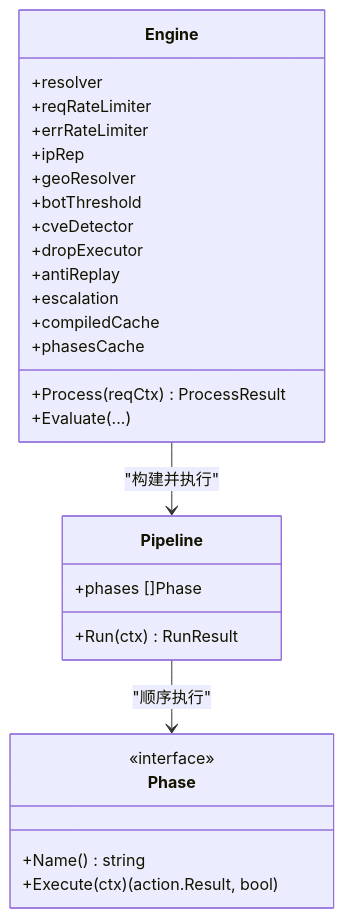
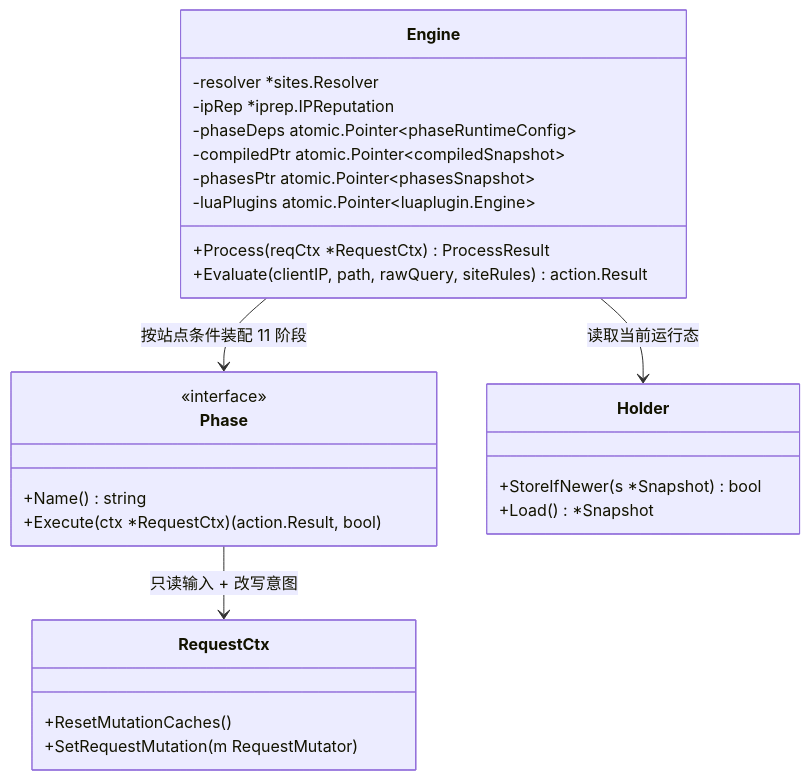
The fourth of 5 diagrams in docs/项目概述/技术架构.md (x01n/My-OpenWaf), drawn with Mermaid before and after one commit. The commit also changed other lines of this file and 622 other files, not shown here.

````diff
--- a/docs/项目概述/技术架构.md
+++ b/docs/项目概述/技术架构.md
@@ -190,30 +287,29 @@
 ```mermaid
 classDiagram
-class Engine {
-+resolver
-+reqRateLimiter
-+errRateLimiter
-+ipRep
-+geoResolver
-+botThreshold
-+cveDetector
-+dropExecutor
-+antiReplay
-+escalation
-+compiledCache
-+phasesCache
-+Process(reqCtx) ProcessResult
-+Evaluate(...)
-}
-class Pipeline {
-+phases []Phase
-+Run(ctx) RunResult
-}
-class Phase {
-<<interface>>
-+Name() string
-+Execute(ctx) (action.Result, bool)
-}
-Engine --> Pipeline : "构建并执行"
-Pipeline --> Phase : "顺序执行"
+  class Phase {
+    <<interface>>
+    +Name() string
+    +Execute(ctx *RequestCtx) (action.Result, bool)
+  }
+  class Engine {
+    -resolver *sites.Resolver
+    -ipRep *iprep.IPReputation
+    -phaseDeps atomic.Pointer~phaseRuntimeConfig~
+    -compiledPtr atomic.Pointer~compiledSnapshot~
+    -phasesPtr atomic.Pointer~phasesSnapshot~
+    -luaPlugins atomic.Pointer~luaplugin.Engine~
+    +Process(reqCtx *RequestCtx) ProcessResult
+    +Evaluate(clientIP, path, rawQuery, siteRules) action.Result
+  }
+  class RequestCtx {
+    +ResetMutationCaches()
+    +SetRequestMutation(m RequestMutator)
+  }
+  class Holder {
+    +StoreIfNewer(s *Snapshot) bool
+    +Load() *Snapshot
+  }
+  Engine --> Phase : 按站点条件装配 11 阶段
+  Phase --> RequestCtx : 只读输入 + 改写意图
+  Engine --> Holder : 读取当前运行态
 ```
````
